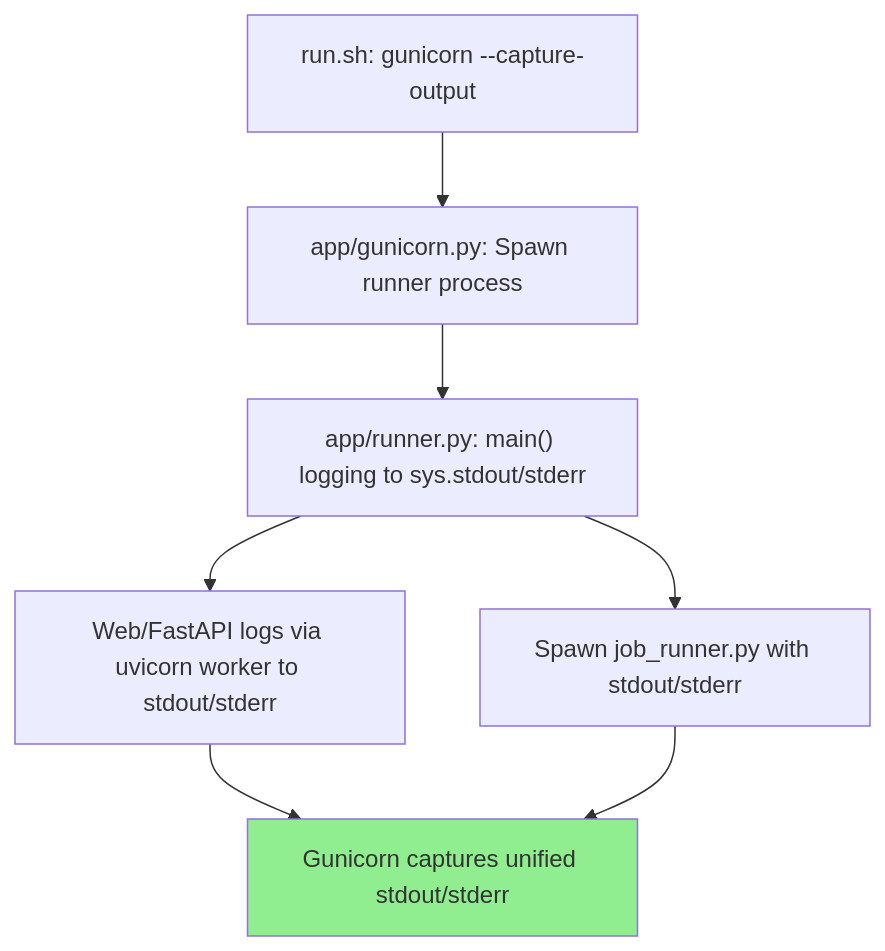
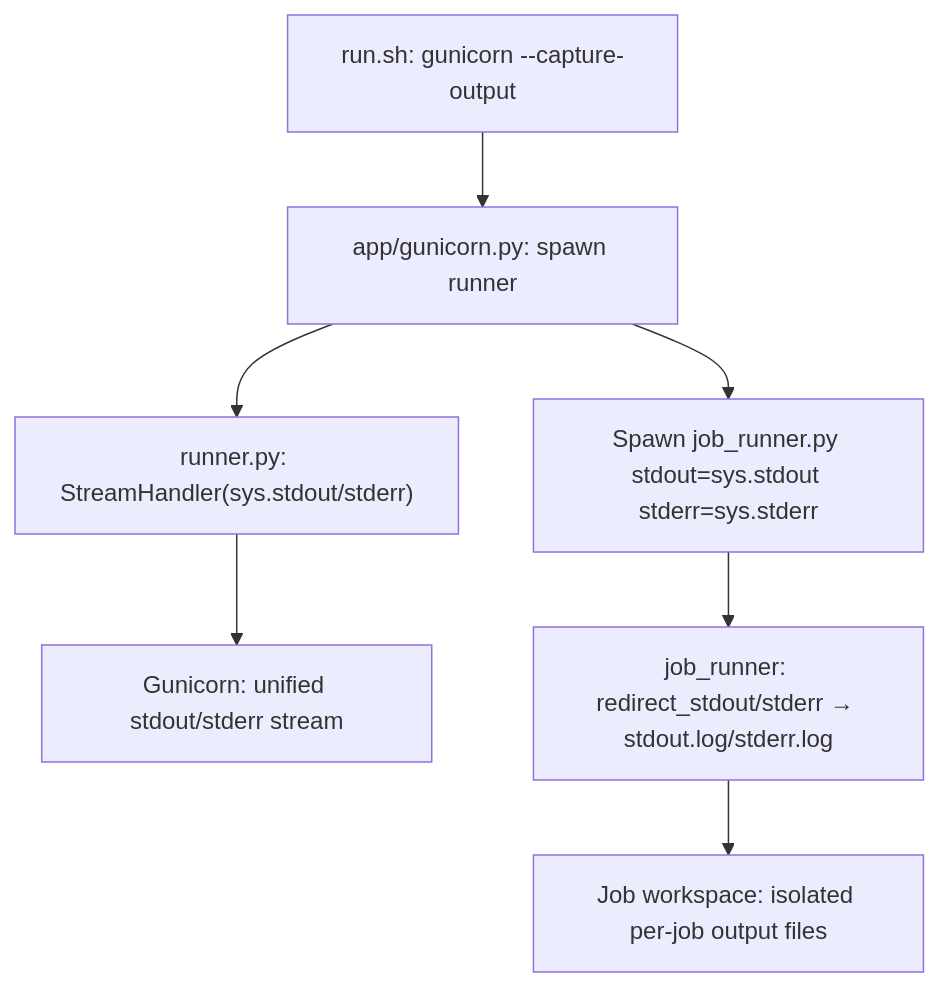
Before and after one commit to pyops-project/pyops: the tenth of 10 diagrams in doc/insights_app.md, drawn with Mermaid. The commit also changed other lines of this file and 6 other files, not shown here.

````diff
--- a/doc/insights_app.md
+++ b/doc/insights_app.md
@@ -781,10 +510,9 @@
 ```mermaid
 flowchart TD
-    A["run.sh: gunicorn --capture-output"] --> B["app/gunicorn.py: Spawn runner process"]
-    B --> C["app/runner.py: main() logging to sys.stdout/stderr"]
-    C --> D["Web/FastAPI logs via uvicorn worker to stdout/stderr"]
-    D --> E["Gunicorn captures unified stdout/stderr"]
-    C --> F[Spawn job_runner.py with stdout/stderr]
-    F --> E
-    style E fill:#90EE90
+    A["run.sh: gunicorn --capture-output"] --> B["app/gunicorn.py: spawn runner"]
+    B --> C["runner.py: StreamHandler(sys.stdout/stderr)"]
+    C --> D["Gunicorn: unified stdout/stderr stream"]
+    B --> E["Spawn job_runner.py stdout=sys.stdout stderr=sys.stderr"]
+    E --> F["job_runner: redirect_stdout/stderr → stdout.log/stderr.log"]
+    F --> G["Job workspace: isolated per-job output files"]
 ```
````
